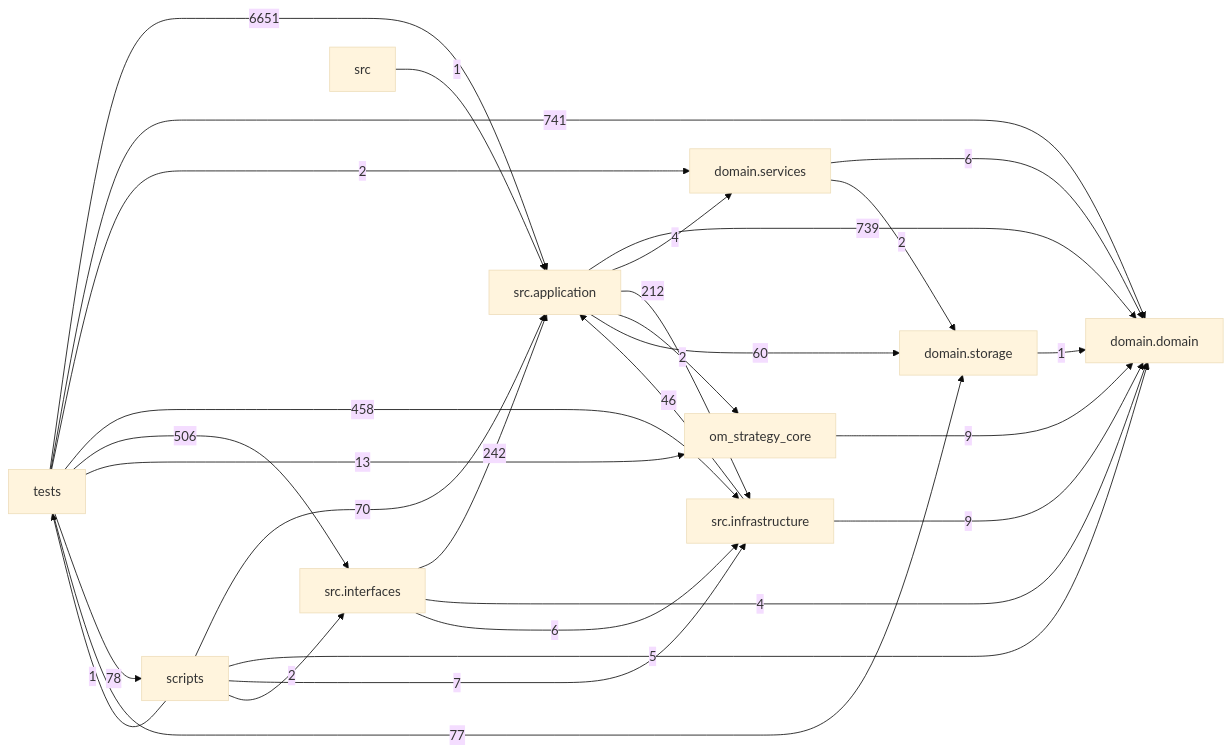
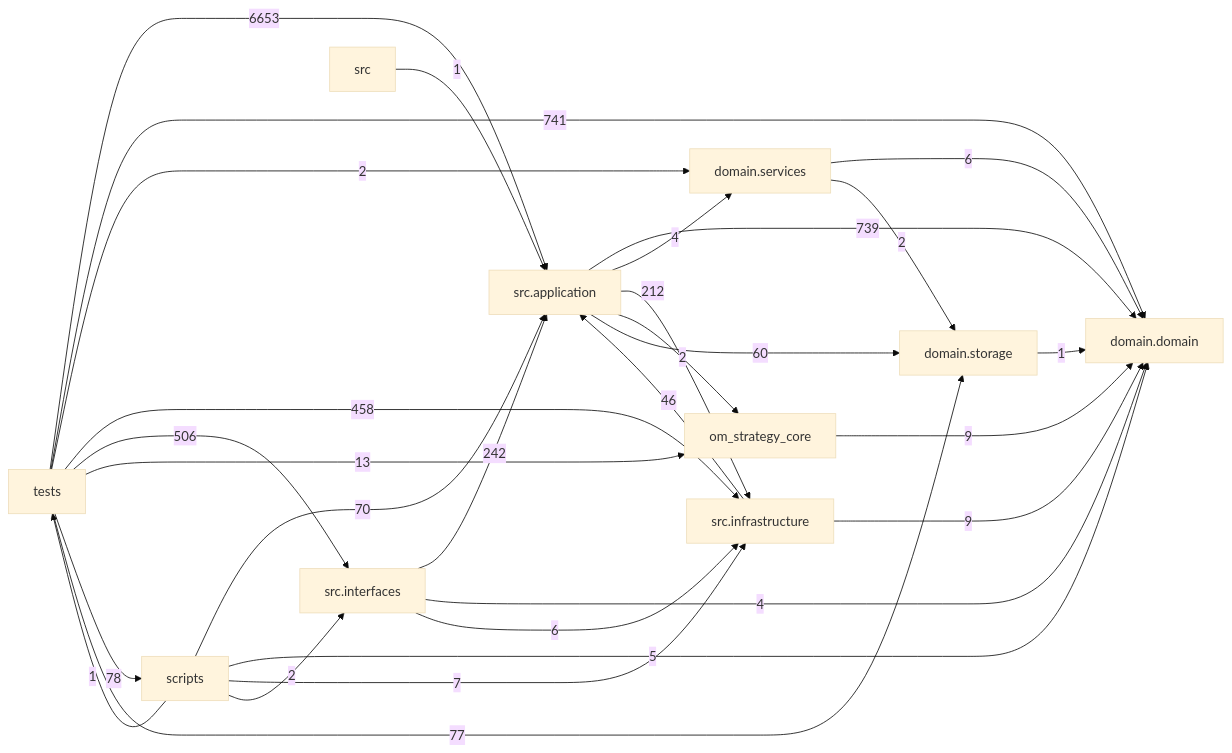
Before and after one commit to liuxie066/options-monitor: the diagram in docs/DEPENDENCY_GRAPH.md, drawn with Mermaid (base theme). The commit also changed other lines of this file and 2 other files, not shown here.

````diff
--- a/docs/DEPENDENCY_GRAPH.md
+++ b/docs/DEPENDENCY_GRAPH.md
@@ -24,39 +24,39 @@
 ```mermaid
 flowchart LR
   tests["tests"]
   scripts["scripts"]
   interfaces["src.interfaces"]
   application["src.application"]
   infrastructure["src.infrastructure"]
   domain_services["domain.services"]
   domain["domain.domain"]
   storage["domain.storage"]
   application -->|739| domain
   application -->|4| domain_services
   application -->|212| infrastructure
   application -->|2| om_strategy_core
   application -->|60| storage
   domain_services -->|6| domain
   domain_services -->|2| storage
   infrastructure -->|46| application
   infrastructure -->|9| domain
   interfaces -->|242| application
   interfaces -->|4| domain
   interfaces -->|6| infrastructure
   om_strategy_core -->|9| domain
   scripts -->|70| application
   scripts -->|5| domain
   scripts -->|7| infrastructure
   scripts -->|2| interfaces
   scripts -->|1| tests
   src -->|1| application
   storage -->|1| domain
-  tests -->|6651| application
+  tests -->|6653| application
   tests -->|741| domain
   tests -->|2| domain_services
   tests -->|458| infrastructure
   tests -->|506| interfaces
   tests -->|13| om_strategy_core
   tests -->|78| scripts
   tests -->|77| storage
 ```
````
